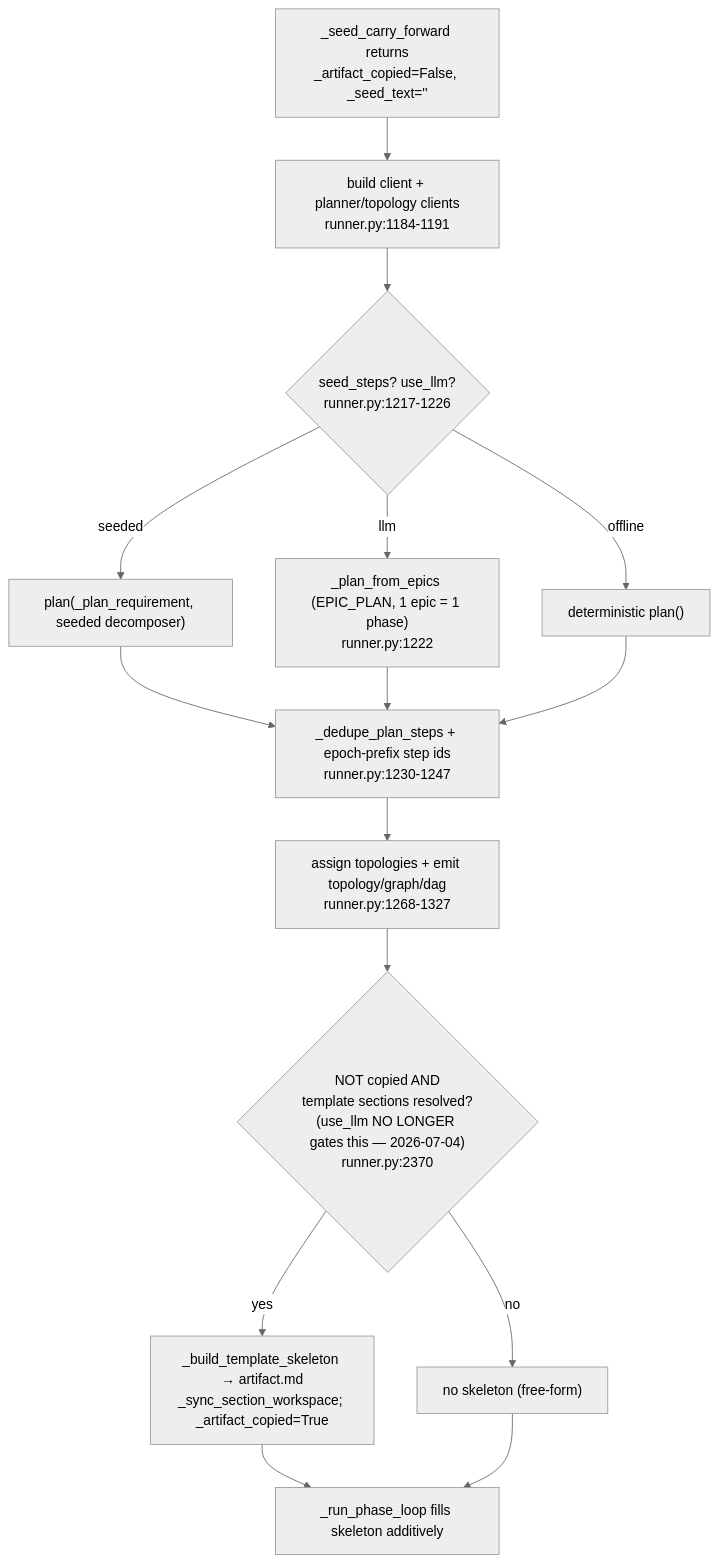
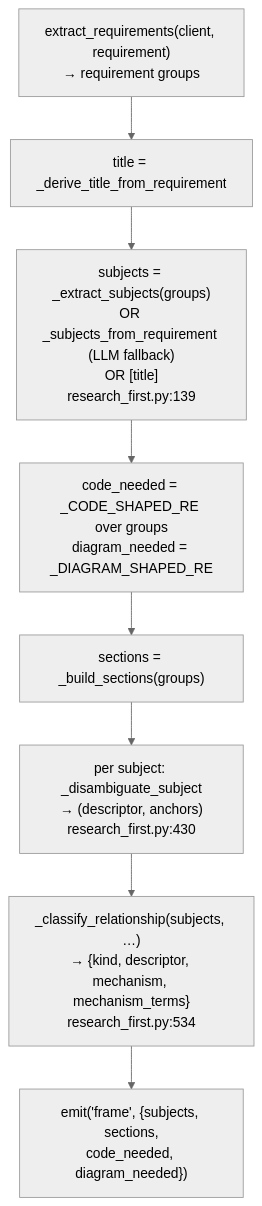
Before and after one commit to shaneliuyx/agentkit: the second of 7 diagrams in agentkit-studio/ARCHITECTURE-doc-generation-pipeline.md, drawn with Mermaid (neutral theme). The commit also changed other lines of this file and 1 other file, not shown here.

First line of the commit message:
docs: research_first-only architecture doc + codex-gate-clear plan status

````diff
--- a/agentkit-studio/ARCHITECTURE-doc-generation-pipeline.md
+++ b/agentkit-studio/ARCHITECTURE-doc-generation-pipeline.md
@@ -230,17 +79,10 @@
 ```mermaid
 flowchart TD
-    C0["_seed_carry_forward returns<br/>_artifact_copied=False, _seed_text=''"] --> C1["build client + planner/topology clients<br/>runner.py:1184-1191"]
-    C1 --> C2{"seed_steps? use_llm?<br/>runner.py:1217-1226"}
-    C2 -->|seeded| C3["plan(_plan_requirement, seeded decomposer)"]
-    C2 -->|llm| C4["_plan_from_epics (EPIC_PLAN, 1 epic = 1 phase)<br/>runner.py:1222"]
-    C2 -->|offline| C5["deterministic plan()"]
-    C3 --> C6
-    C4 --> C6
-    C5 --> C6["_dedupe_plan_steps + epoch-prefix step ids<br/>runner.py:1230-1247"]
-    C6 --> C7["assign topologies + emit topology/graph/dag<br/>runner.py:1268-1327"]
-    C7 --> C8{"NOT copied AND<br/>template sections resolved?<br/>(use_llm NO LONGER gates this — 2026-07-04)<br/>runner.py:2370"}
-    C8 -->|yes| C9["_build_template_skeleton → artifact.md<br/>_sync_section_workspace; _artifact_copied=True"]
-    C8 -->|no| C10["no skeleton (free-form)"]
-    C9 --> C11["_run_phase_loop fills skeleton additively"]
-    C10 --> C11
+    F0["extract_requirements(client, requirement)<br/>→ requirement groups"] --> F1["title = _derive_title_from_requirement"]
+    F1 --> F2["subjects = _extract_subjects(groups)<br/>OR _subjects_from_requirement (LLM fallback)<br/>OR [title]<br/>research_first.py:139"]
+    F2 --> F3["code_needed = _CODE_SHAPED_RE over groups<br/>diagram_needed = _DIAGRAM_SHAPED_RE"]
+    F3 --> F4["sections = _build_sections(groups)"]
+    F4 --> F5["per subject: _disambiguate_subject<br/>→ (descriptor, anchors)<br/>research_first.py:430"]
+    F5 --> F6["_classify_relationship(subjects, …)<br/>→ {kind, descriptor, mechanism, mechanism_terms}<br/>research_first.py:534"]
+    F6 --> F7["emit('frame', {subjects, sections,<br/>code_needed, diagram_needed})"]
 ```
````
